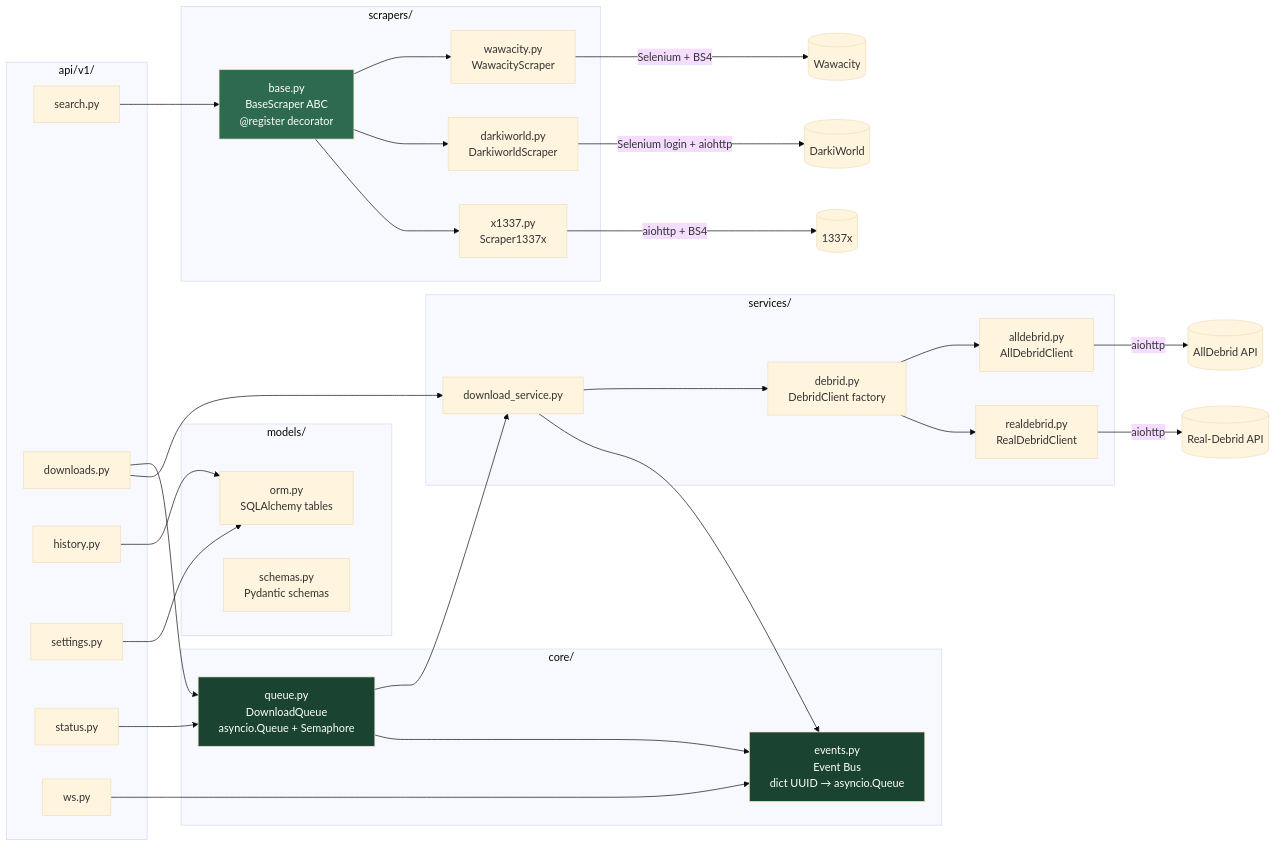
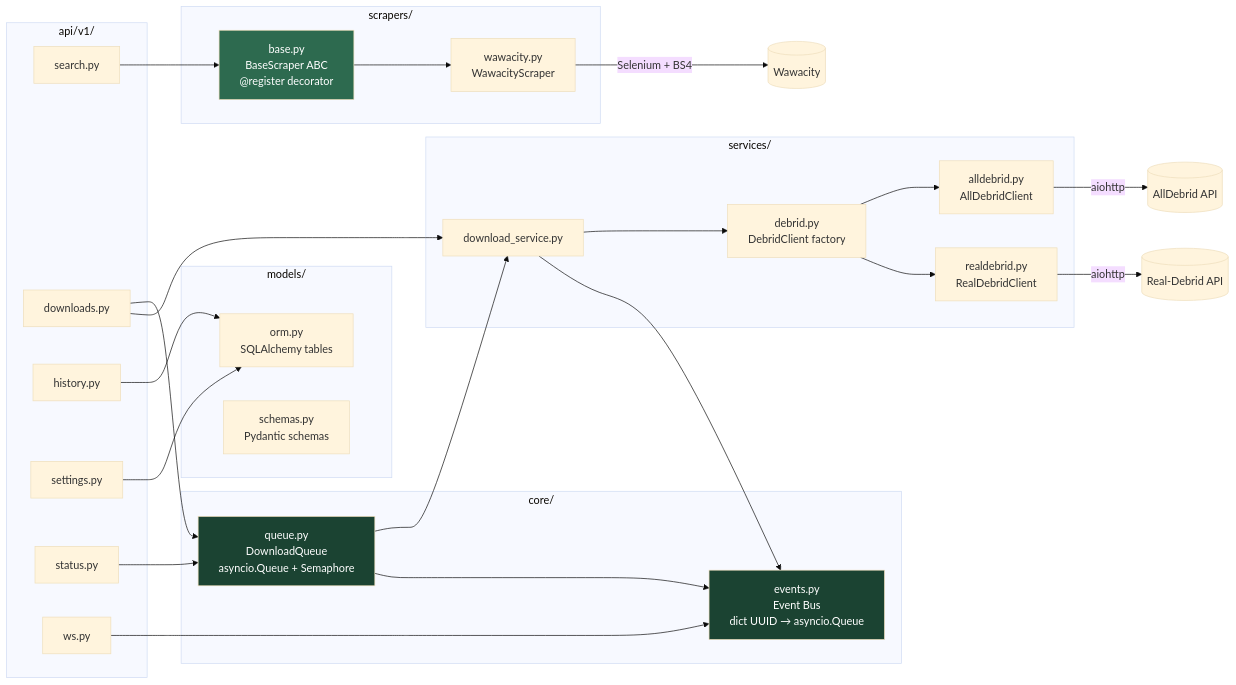
Before and after one commit to Gon3s/dl_discord_bot: the fourth of 7 diagrams in docs/architecture-v2.md, drawn with Mermaid (base theme). The commit also changed other lines of this file and 17 other files, not shown here.

First line of the commit message:
refactor: supprimer DarkiWorld et 1337x, garder uniquement Wawacity

````diff
--- a/docs/architecture-v2.md
+++ b/docs/architecture-v2.md
@@ -142,64 +136,58 @@
 ```mermaid
 graph LR
     subgraph api["api/v1/"]
         S[search.py]
         D[downloads.py]
         H[history.py]
         ST[settings.py]
         STA[status.py]
         W[ws.py]
     end
 
     subgraph core["core/"]
         Q[queue.py<br/>DownloadQueue<br/>asyncio.Queue + Semaphore]
         E[events.py<br/>Event Bus<br/>dict UUID → asyncio.Queue]
     end
 
     subgraph services["services/"]
         DS[download_service.py]
         AL[debrid.py<br/>DebridClient factory]
         ADP[alldebrid.py<br/>AllDebridClient]
         RDP[realdebrid.py<br/>RealDebridClient]
     end
 
     subgraph scrapers["scrapers/"]
         BS[base.py<br/>BaseScraper ABC<br/>@register decorator]
         WW[wawacity.py<br/>WawacityScraper]
-        DW[darkiworld.py<br/>DarkiworldScraper]
-        X3[x1337.py<br/>Scraper1337x]
     end
 
     subgraph models["models/"]
         ORM[orm.py<br/>SQLAlchemy tables]
         SCH[schemas.py<br/>Pydantic schemas]
     end
 
     S --> BS
     D --> Q
     D --> DS
     H --> ORM
     ST --> ORM
     STA --> Q
     W --> E
 
     DS --> AL
     AL --> ADP
     AL --> RDP
     DS --> E
     Q --> DS
     Q --> E
 
     BS --> WW
-    BS --> DW
-    BS --> X3
 
     WW -->|Selenium + BS4| WAW[(Wawacity)]
-    DW -->|Selenium login + aiohttp| DWAPI[(DarkiWorld)]
-    X3 -->|aiohttp + BS4| X1337API[(1337x)]
     ADP -->|aiohttp| AD[(AllDebrid API)]
     RDP -->|aiohttp| RD[(Real-Debrid API)]
 
     style BS fill:#2d6a4f,color:#fff
     style Q fill:#1b4332,color:#fff
     style E fill:#1b4332,color:#fff
 ```
````
